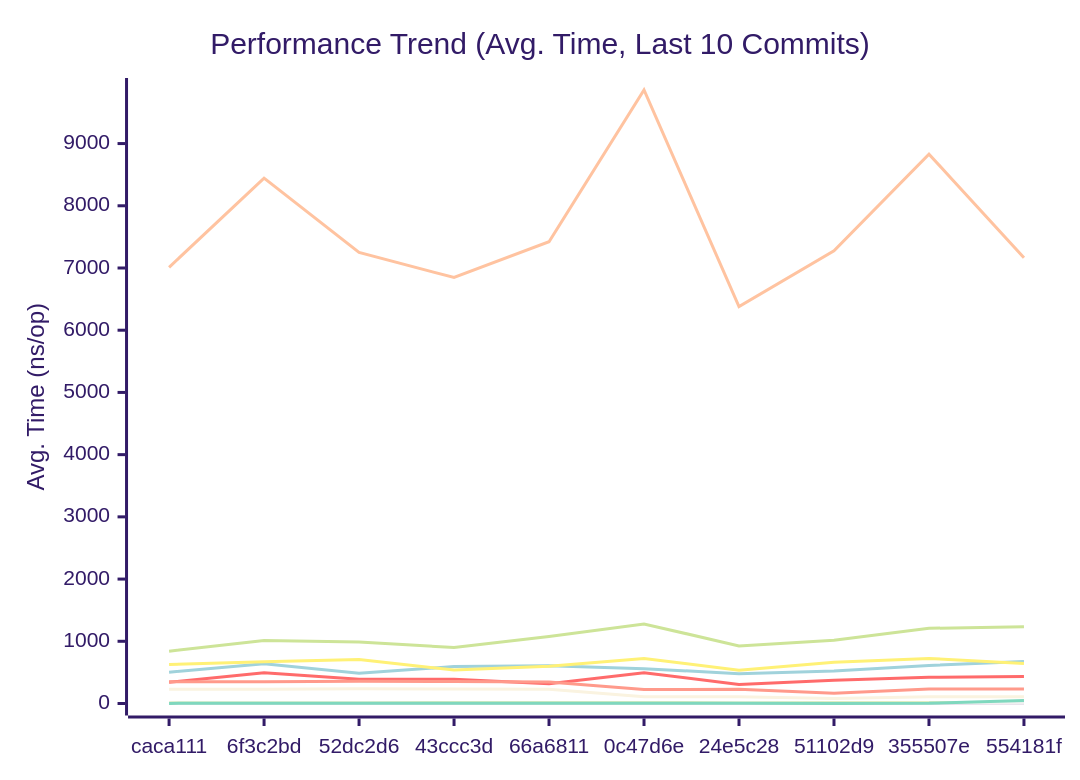
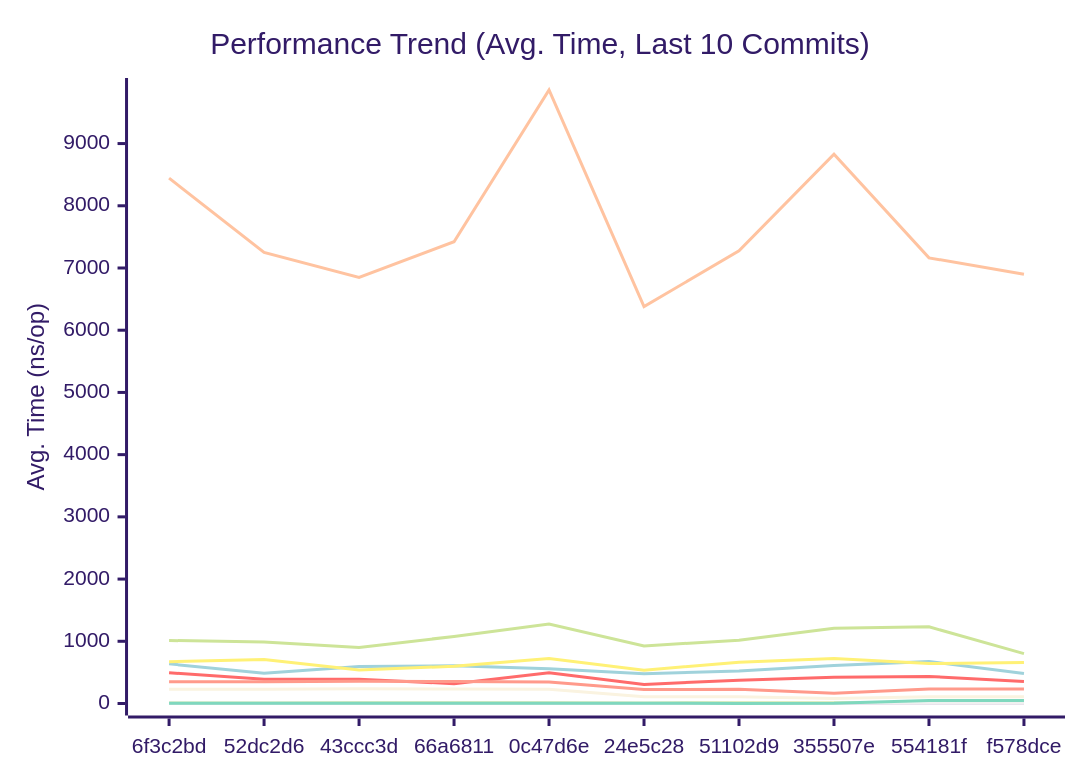
Before and after one commit to alsotoes/momo: the first of 3 diagrams in docs/PERFORMANCE.md, drawn with Mermaid (forest theme). The commit also changed other lines of this file and 2 other files, not shown here.

Commit message:
docs: document PadString fixed-width panic contract (#608)

````diff
--- a/docs/PERFORMANCE.md
+++ b/docs/PERFORMANCE.md
@@ -130,18 +128,18 @@
 ```mermaid
 xychart-beta
     title "Performance Trend (Avg. Time, Last 10 Commits)"
     x-axis "Commit"
     y-axis "Avg. Time (ns/op)"
-    x-axis [caca111,6f3c2bd,52dc2d6,43ccc3d,66a6811,0c47d6e,24e5c28,51102d9,355507e,554181f]
-    line "CheckMetricsAndSwap" [10,9,10,11,13,13,9,12,13,13]
-    line "CrushOptimized" [342,495,390,390,319,494,306,375,422,435]
-    line "CrushOriginal" [503,637,485,595,606,560,480,523,612,676]
-    line "IndexDirectTracking" [0,0,0,0,0,1,0,0,1,1]
-    line "IndexSearch" [3,3,3,3,3,4,3,4,3,4]
-    line "LoadGlobalConfig" [7011,8444,7250,6847,7422,9861,6379,7276,8830,7163]
-    line "PadString" [2,3,3,3,3,3,3,2,3,48]
+    x-axis [6f3c2bd,52dc2d6,43ccc3d,66a6811,0c47d6e,24e5c28,51102d9,355507e,554181f,f578dce]
+    line "CheckMetricsAndSwap" [9,10,11,13,13,9,12,13,13,10]
+    line "CrushOptimized" [495,390,390,319,494,306,375,422,435,352]
+    line "CrushOriginal" [637,485,595,606,560,480,523,612,676,481]
+    line "IndexDirectTracking" [0,0,0,0,1,0,0,1,1,0]
+    line "IndexSearch" [3,3,3,3,4,3,4,3,4,3]
+    line "LoadGlobalConfig" [8444,7250,6847,7422,9861,6379,7276,8830,7163,6898]
+    line "PadString" [3,3,3,3,3,3,2,3,48,47]
     line "ParseReplicationOrder_NoPrealloc" [350,349,357,354,345,225,229,165,232,234]
     line "ParseReplicationOrder_Prealloc" [229,231,237,234,229,108,107,80,110,109]
-    line "SanitizeLog/Safe" [628,673,708,538,598,725,535,663,724,642]
-    line "SanitizeLog/Unsafe" [841,1013,990,899,1078,1279,926,1017,1209,1232]
+    line "SanitizeLog/Safe" [673,708,538,598,725,535,663,724,642,658]
+    line "SanitizeLog/Unsafe" [1013,990,899,1078,1279,926,1017,1209,1232,802]
 ```
````
